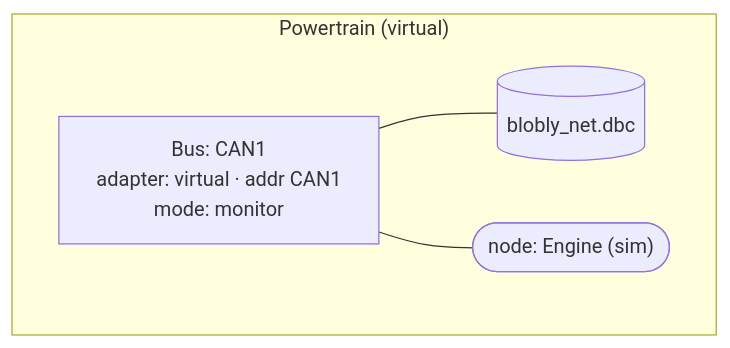
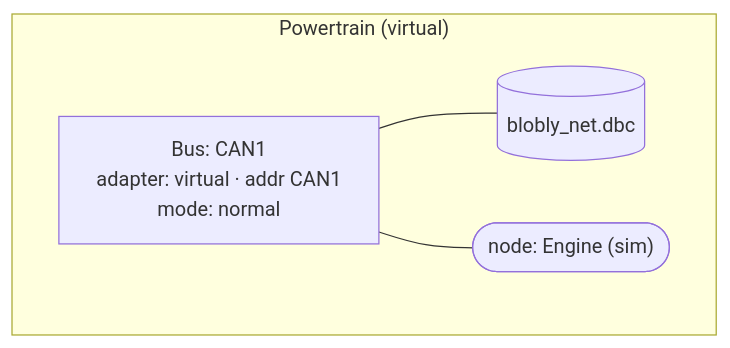
The first of 7 diagrams in docs/project_editing.md (MartenH/blobly_net), drawn with Mermaid before and after one commit. The commit also changed other lines of this file and 17 other files, not shown here.

First line of the commit message:
Normal is the default: listen-only is a tick, off is the row tick, monitor is normal, and the Log follows (#253)

````diff
--- a/docs/project_editing.md
+++ b/docs/project_editing.md
@@ -115,10 +115,10 @@
 ```mermaid
 flowchart TD
   subgraph PT["Powertrain (virtual)"]
-    B1["Bus: CAN1<br/>adapter: virtual · addr CAN1<br/>mode: monitor"]
+    B1["Bus: CAN1<br/>adapter: virtual · addr CAN1<br/>mode: normal"]
     DBC1[("blobly_net.dbc")]
     N1(["node: Engine (sim)"])
     B1 --- DBC1
     B1 --- N1
   end
 ```
````
